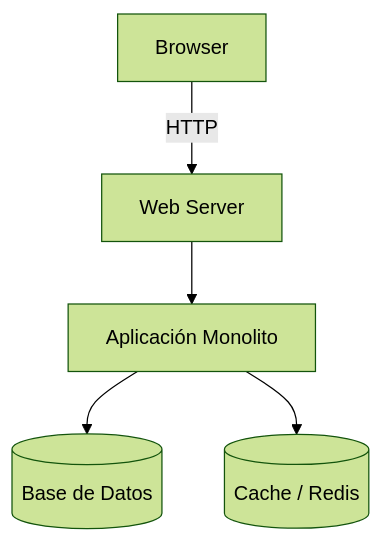
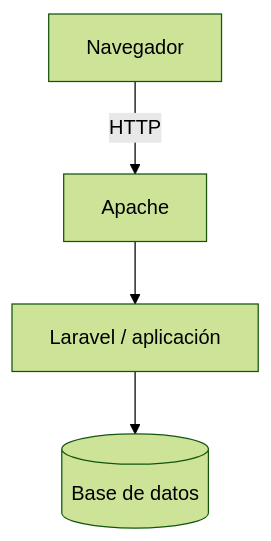
Before and after one commit to ATorresCode/dwes: diagram 12 of 16 in docs/u01/propuesta-ampliada.md, drawn with Mermaid (forest theme). The commit also changed other lines of this file and 3 other files, not shown here.

````diff
--- a/docs/u01/propuesta-ampliada.md
+++ b/docs/u01/propuesta-ampliada.md
@@ -418,7 +434,6 @@
 ```mermaid
 graph TD
-  Browser -->|HTTP| WebServer[Web Server]
-  WebServer --> App[Aplicación Monolito]
-  App --> DB[(Base de Datos)]
-  App --> Cache[(Cache / Redis)]
+  Navegador -->|HTTP| Apache[Apache]
+  Apache --> App[Laravel / aplicación]
+  App --> DB[(Base de datos)]
 ```
````
